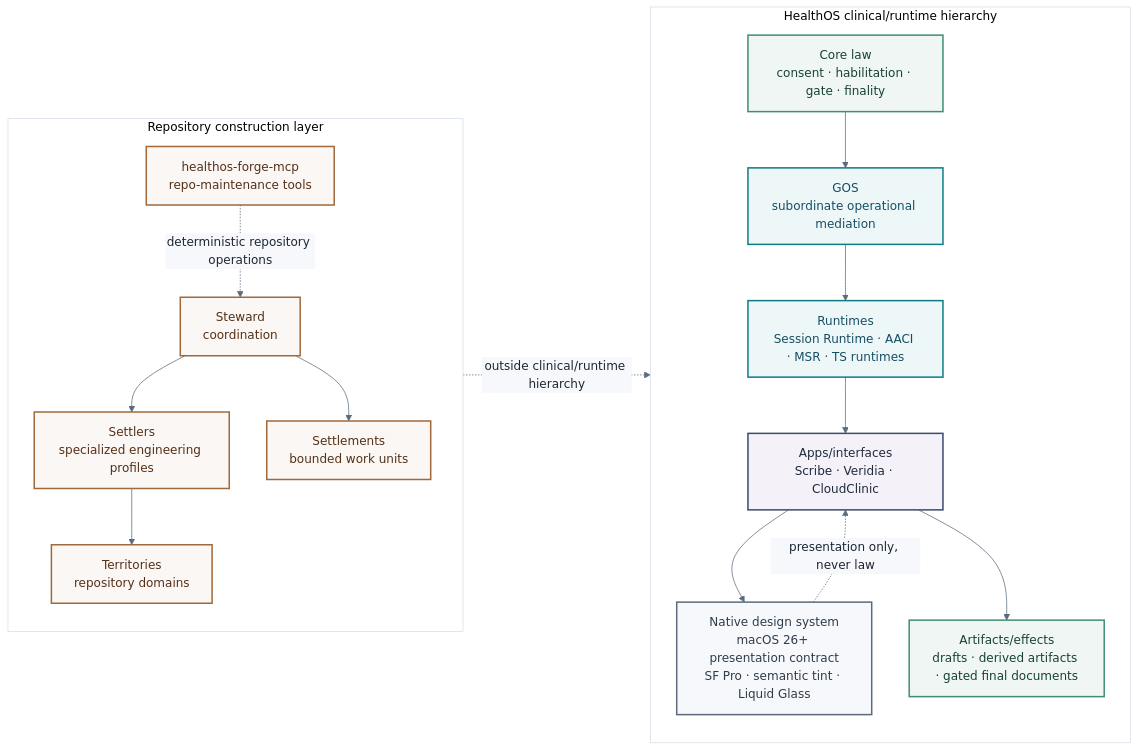
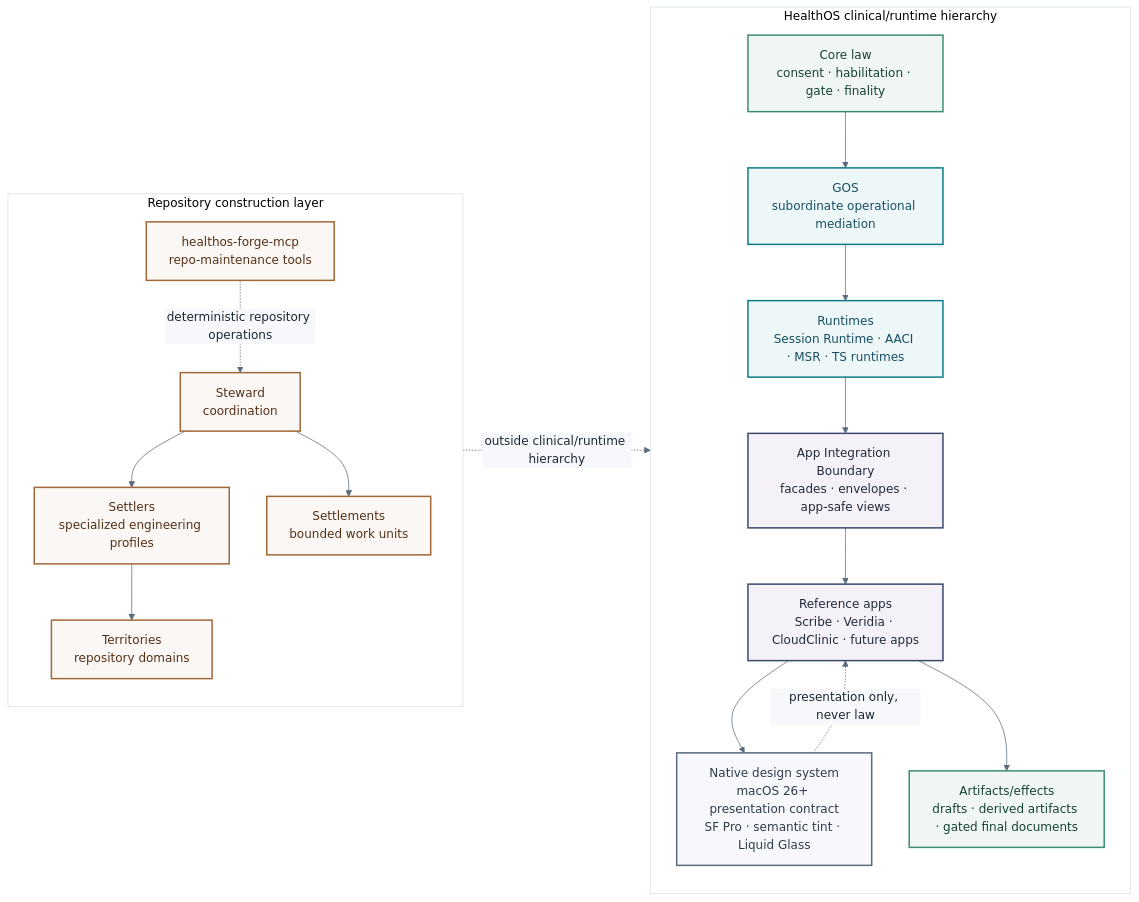
Before and after one commit to myselfgus/HealthOScaffold: the first of 12 diagrams in README.md, drawn with Mermaid. The commit also changed other lines of this file and 45 other files, not shown here.

First line of the commit message:
docs(architecture): clarify HealthOS app layer boundary and task ordering

````diff
--- a/README.md
+++ b/README.md
@@ -39,37 +39,38 @@
 ```mermaid
 %%{init: {'theme': 'base', 'themeVariables': {'primaryColor': '#F6F8FB', 'primaryBorderColor': '#D6DEE8', 'primaryTextColor': '#1D2733', 'clusterBkg': '#FFFFFF', 'clusterBorder': '#D6DEE8', 'lineColor': '#5B6B7C', 'edgeLabelBackground': '#F6F8FB', 'fontFamily': 'ui-rounded, -apple-system, BlinkMacSystemFont, sans-serif'}}}%%
 flowchart LR
     classDef core fill:#F0F6F3,stroke:#3E8E6F,stroke-width:2px,color:#174234
     classDef runtime fill:#EEF7F8,stroke:#0E7C86,stroke-width:2px,color:#164E63
     classDef interface fill:#F4F2F8,stroke:#3B4A6B,stroke-width:2px,color:#202A3A
     classDef design fill:#F6F8FB,stroke:#5B6B7C,stroke-width:2px,color:#2F3C4A
     classDef construction fill:#FAF7F4,stroke:#A1693A,stroke-width:2px,color:#553018
     classDef boundary fill:#F2F4F7,stroke:#8793A1,stroke-width:2px,color:#334155
 
     subgraph CLINICAL["HealthOS clinical/runtime hierarchy"]
         CORE[Core law\nconsent · habilitation · gate · finality]:::core
         GOS[GOS\nsubordinate operational mediation]:::runtime
         RT[Runtimes\nSession Runtime · AACI · MSR · TS runtimes]:::runtime
-        APP[Apps/interfaces\nScribe · Veridia · CloudClinic]:::interface
+        AIB[App Integration Boundary\nfacades · envelopes · app-safe views]:::interface
+        APP[Reference apps\nScribe · Veridia · CloudClinic · future apps]:::interface
         DS[Native design system\nmacOS 26+ presentation contract\nSF Pro · semantic tint · Liquid Glass]:::design
         ART[Artifacts/effects\ndrafts · derived artifacts · gated final documents]:::core
-        CORE --> GOS --> RT --> APP
+        CORE --> GOS --> RT --> AIB --> APP
         APP --> DS
         APP --> ART
     end
 
     subgraph BUILD["Repository construction layer"]
         STEW[Steward\ncoordination]:::construction
         SETT[Settlers\nspecialized engineering profiles]:::construction
         TERR[Territories\nrepository domains]:::construction
         WORK[Settlements\nbounded work units]:::construction
         MCP[healthos-forge-mcp\nrepo-maintenance tools]:::construction
         STEW --> SETT
         SETT --> TERR
         STEW --> WORK
         MCP -. deterministic repository operations .-> STEW
     end
 
     BUILD -. outside clinical/runtime hierarchy .-> CLINICAL
     DS -. presentation only, never law .-> APP
 ```
````
